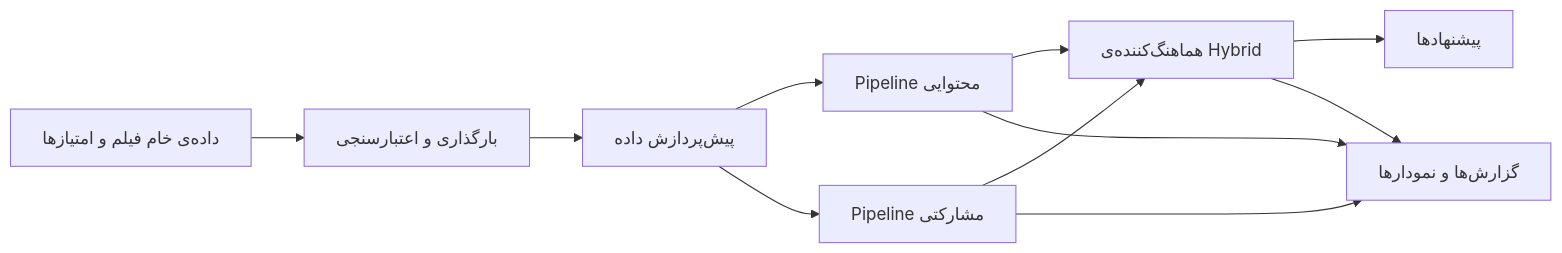
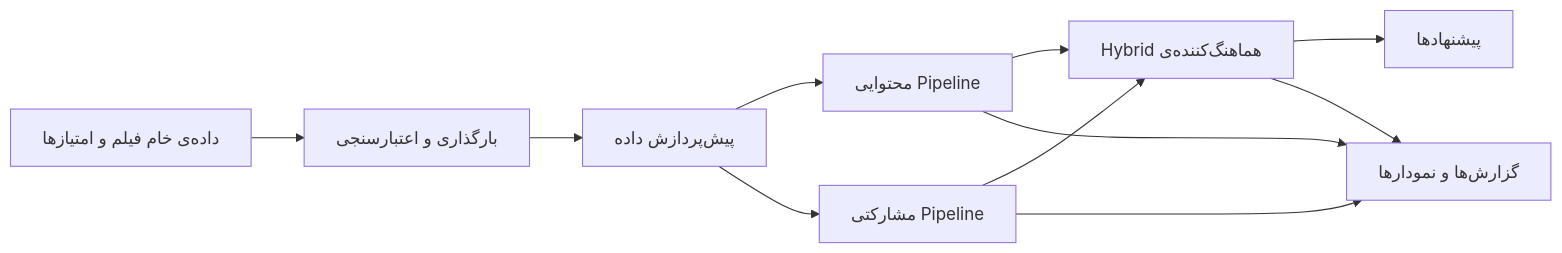
The third of 4 diagrams in README.md (Hosein-imani/hybrid-recommendation-system), drawn with Mermaid before and after one commit. The commit also changed other lines of this file, not shown here.

```diff
--- a/README.md
+++ b/README.md
@@ -305,13 +305,13 @@
 ~~~mermaid
 flowchart LR
     A[داده‌ی خام فیلم و امتیازها] --> B[بارگذاری و اعتبارسنجی]
     B --> C[پیش‌پردازش داده]
-    C --> D[Pipeline محتوایی]
-    C --> E[Pipeline مشارکتی]
-    D --> F[هماهنگ‌کننده‌ی Hybrid]
+    C --> D[محتوایی Pipeline]
+    C --> E[مشارکتی Pipeline]
+    D --> F[Hybrid هماهنگ‌کننده‌ی]
     E --> F
     F --> G[پیشنهادها]
     D --> H[گزارش‌ها و نمودارها]
     E --> H
     F --> H
 ~~~
```
